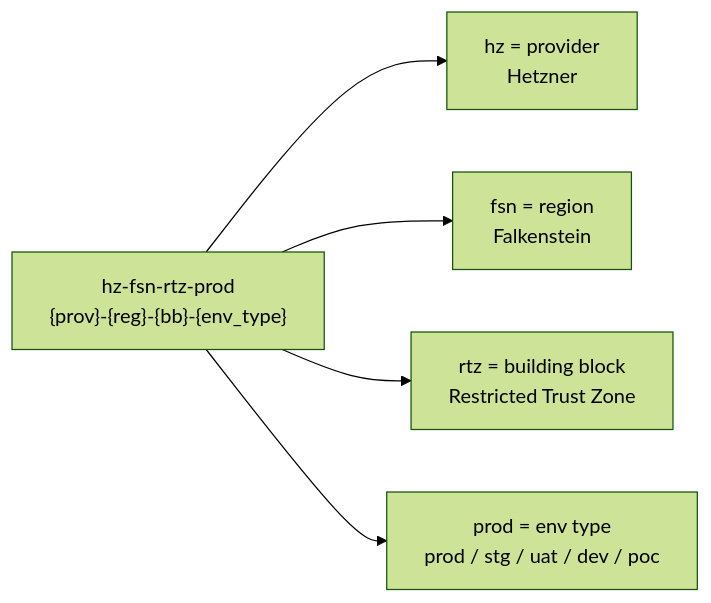
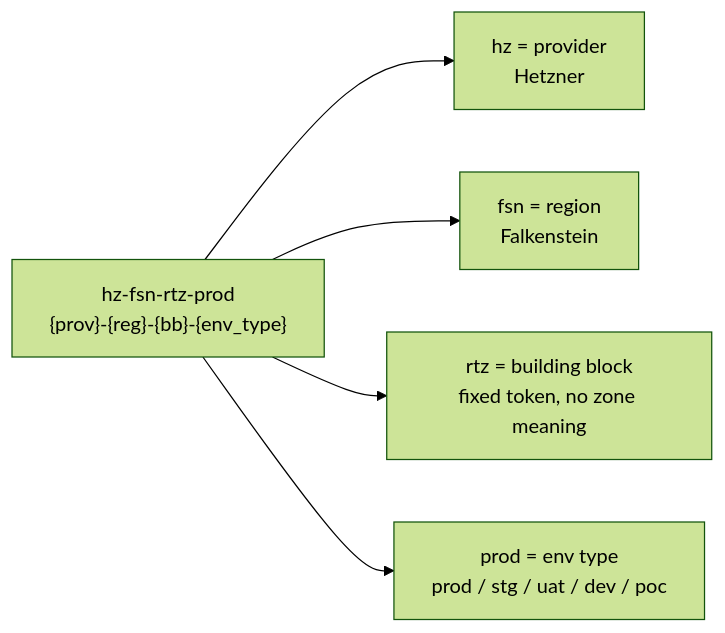
Before and after one commit to openova-io/openova: the third of 13 diagrams in docs/ARCHITECTURE.md, drawn with Mermaid (forest theme). The commit also changed other lines of this file and 4 other files, not shown here.

````diff
--- a/docs/ARCHITECTURE.md
+++ b/docs/ARCHITECTURE.md
@@ -348,8 +349,8 @@
 ```mermaid
 graph LR
   N["hz-fsn-rtz-prod<br/>{prov}-{reg}-{bb}-{env_type}"]
   N --> P["hz = provider<br/>Hetzner"]
   N --> R["fsn = region<br/>Falkenstein"]
-  N --> BB["rtz = building block<br/>Restricted Trust Zone"]
+  N --> BB["rtz = building block<br/>fixed token, no zone meaning"]
   N --> ET["prod = env type<br/>prod / stg / uat / dev / poc"]
 ```
````
